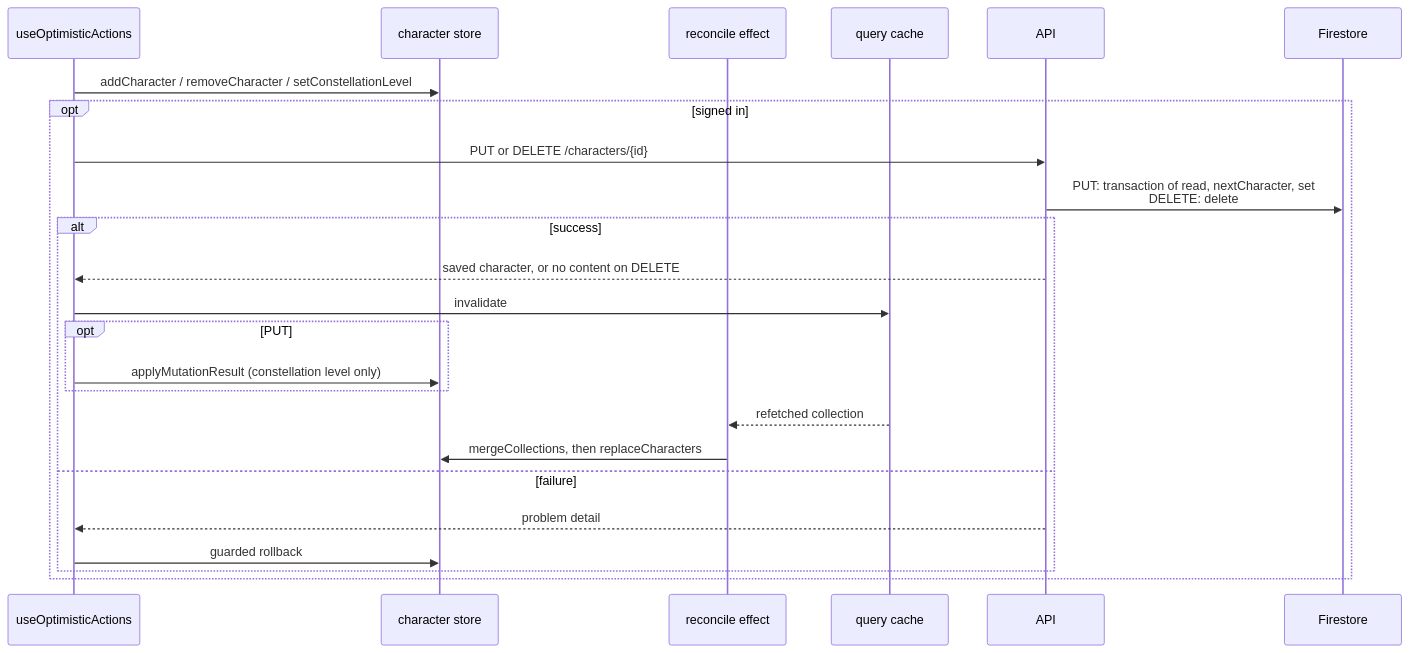
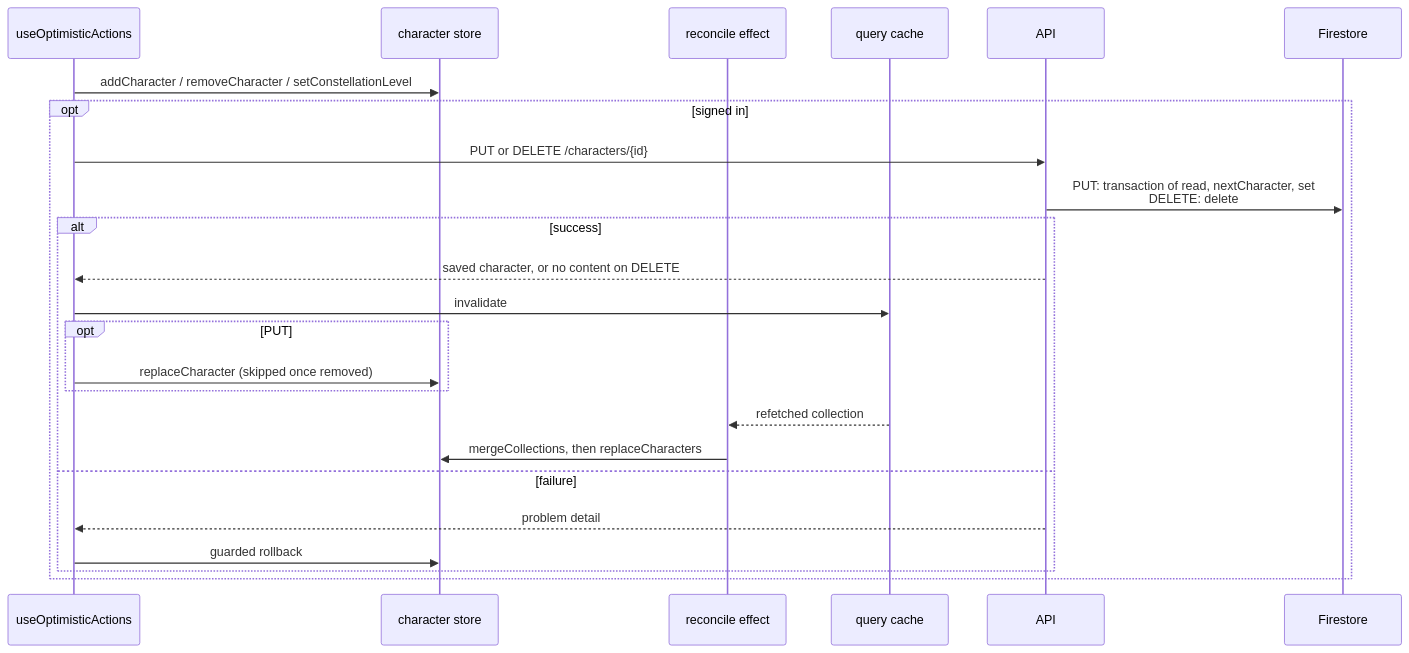
One commit to dungeon-studio/genshin.dungeon.studio changed the first of 4 diagrams in docs/reference/data-flow-write-paths.md. Above: the diagram before and after it, drawn with Mermaid. The commit also changed 6 other files, not shown here.

````diff
--- a/docs/reference/data-flow-write-paths.md
+++ b/docs/reference/data-flow-write-paths.md
@@ -44,27 +44,27 @@
 ```mermaid
 sequenceDiagram
   participant Hook as useOptimisticActions
   participant Store as character store
   participant Reconcile as reconcile effect
   participant Cache as query cache
   participant API as API
   participant FS as Firestore
 
   Hook->>Store: addCharacter / removeCharacter / setConstellationLevel
   opt signed in
     Hook->>API: PUT or DELETE /characters/{id}
     API->>FS: PUT: transaction of read, nextCharacter, set<br>DELETE: delete
     alt success
       API-->>Hook: saved character, or no content on DELETE
       Hook->>Cache: invalidate
       opt PUT
-        Hook->>Store: applyMutationResult (constellation level only)
+        Hook->>Store: replaceCharacter (skipped once removed)
       end
       Cache-->>Reconcile: refetched collection
       Reconcile->>Store: mergeCollections, then replaceCharacters
     else failure
       API-->>Hook: problem detail
       Hook->>Store: guarded rollback
     end
   end
 ```
````
